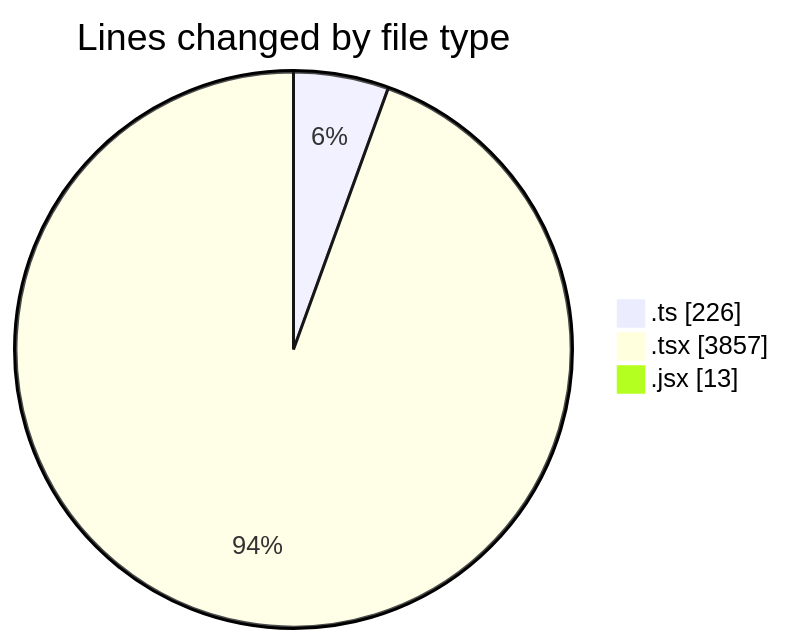
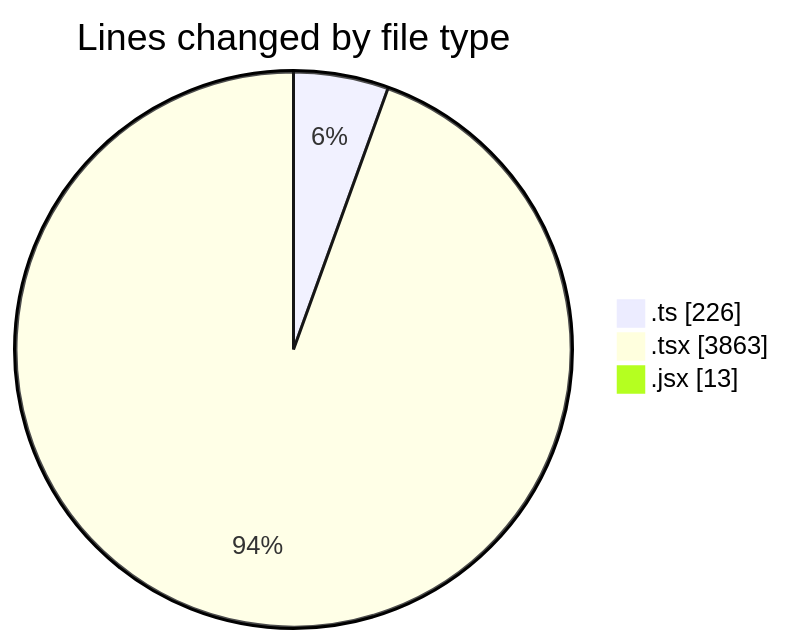
Before and after one commit to momahboobian/code-tracking: the first of 2 diagrams in 2025-12-02/cda/README.md, drawn with Mermaid. The commit also changed other lines of this file and 1 other file, not shown here.

````diff
--- a/2025-12-02/cda/README.md
+++ b/2025-12-02/cda/README.md
@@ -30,7 +30,7 @@
 ```mermaid
 pie showData
 title Lines changed by file type
 ".ts" : 226
-".tsx" : 3857
+".tsx" : 3863
 ".jsx" : 13
 ```
````
